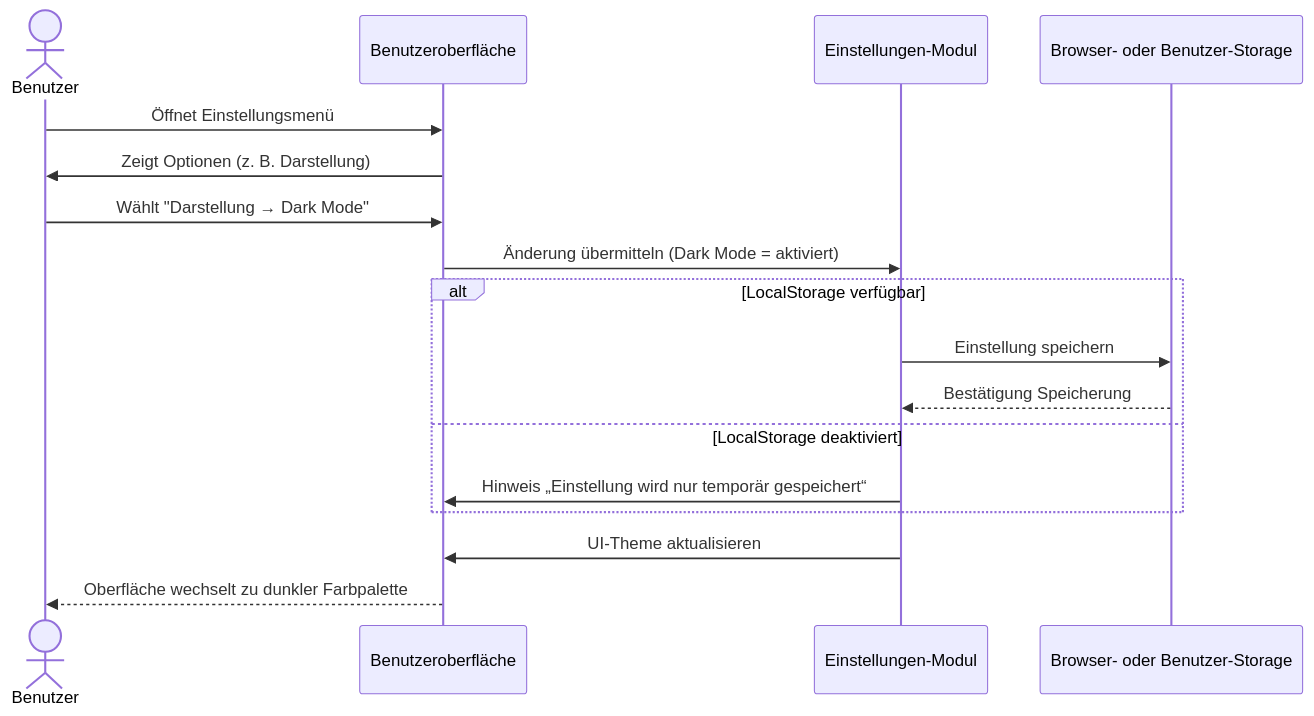
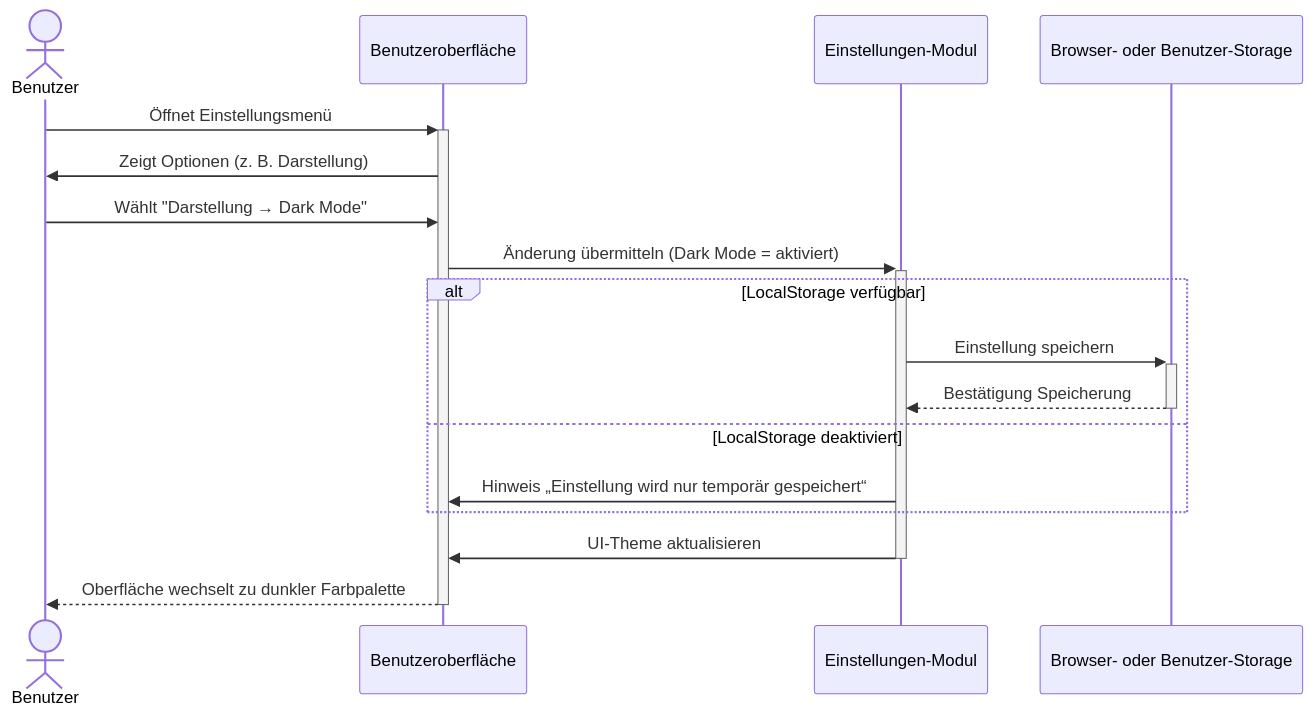
Before and after one commit to SimonJ2222/BitFlow: the first of 22 diagrams in docs/use_cases/software_requirements_specification.md, drawn with Mermaid.

Commit message:
Altered Sequence Diagramm Dark Mode

````diff
--- a/docs/use_cases/software_requirements_specification.md
+++ b/docs/use_cases/software_requirements_specification.md
@@ -146,22 +146,22 @@
 ```mermaid
 sequenceDiagram
     actor Benutzer
     participant UI as Benutzeroberfläche
     participant System as Einstellungen-Modul
     participant Storage as Browser- oder Benutzer-Storage
 
-    Benutzer ->> UI: Öffnet Einstellungsmenü
+    Benutzer ->>+ UI: Öffnet Einstellungsmenü
     UI ->> Benutzer: Zeigt Optionen (z. B. Darstellung)
     Benutzer ->> UI: Wählt "Darstellung → Dark Mode"
-    UI ->> System: Änderung übermitteln (Dark Mode = aktiviert)
+    UI ->>+ System: Änderung übermitteln (Dark Mode = aktiviert)
 
     alt LocalStorage verfügbar
-        System ->> Storage: Einstellung speichern
-        Storage -->> System: Bestätigung Speicherung
+        System ->>+ Storage: Einstellung speichern
+        Storage -->>- System: Bestätigung Speicherung
     else LocalStorage deaktiviert
         System ->> UI: Hinweis „Einstellung wird nur temporär gespeichert“
     end
 
-    System ->> UI: UI-Theme aktualisieren
-    UI -->> Benutzer: Oberfläche wechselt zu dunkler Farbpalette
+    System ->>- UI: UI-Theme aktualisieren
+    UI -->>- Benutzer: Oberfläche wechselt zu dunkler Farbpalette
 ```
````
